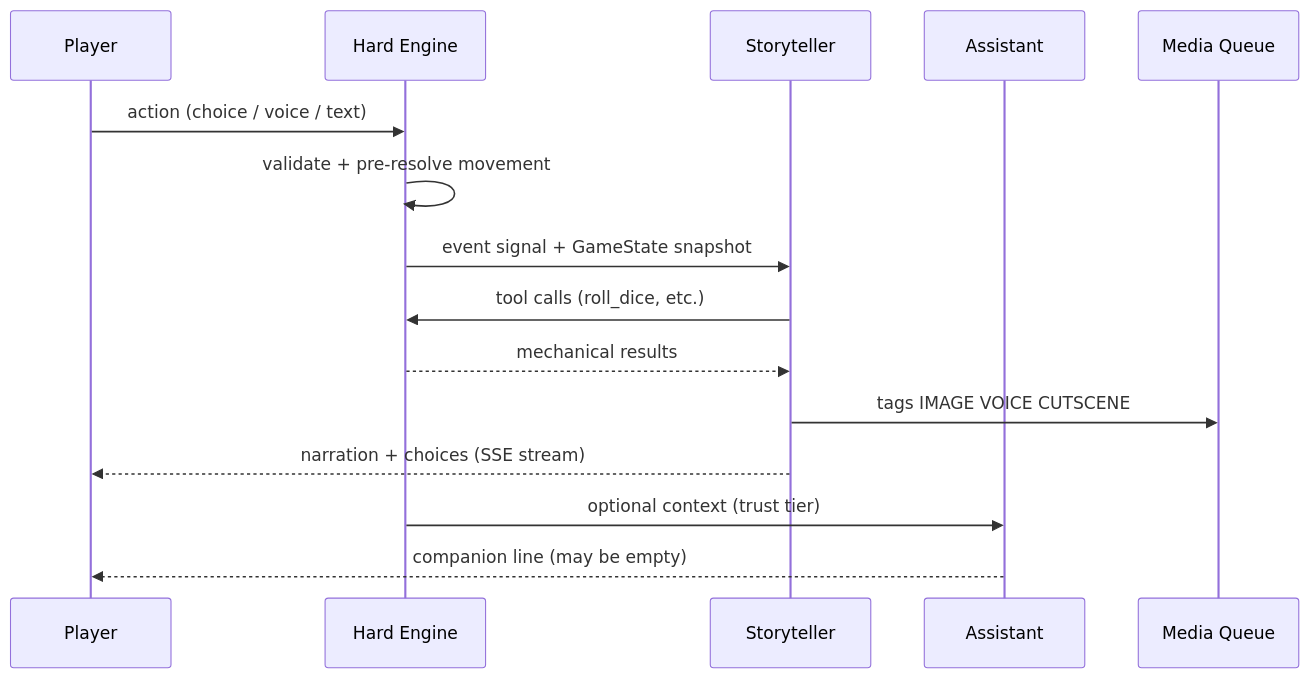
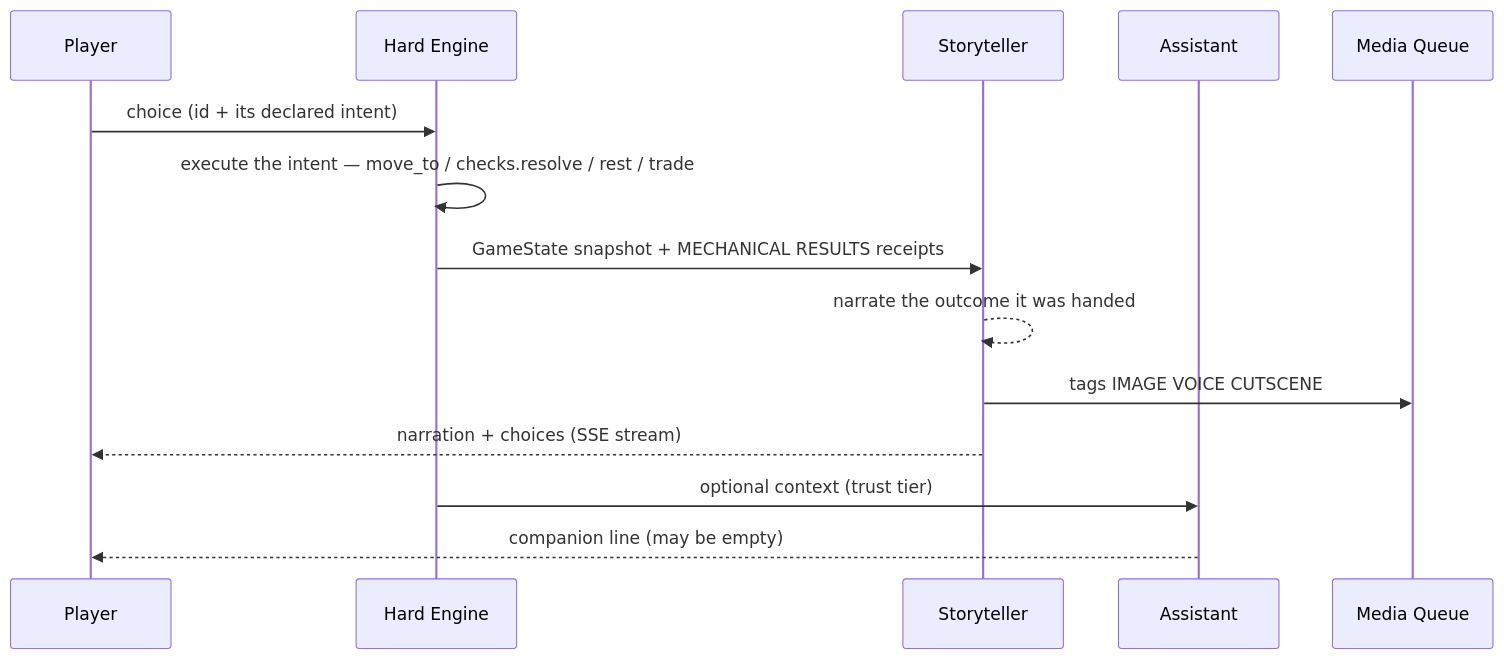
Before and after one commit to nihilistau/clockwork-dark: the first of 2 diagrams in docs/DESIGN.md, drawn with Mermaid. The commit also changed other lines of this file and 18 other files, not shown here.

````diff
--- a/docs/DESIGN.md
+++ b/docs/DESIGN.md
@@ -279,18 +331,17 @@
 ```mermaid
 sequenceDiagram
     participant P as Player
     participant E as Hard Engine
     participant S as Storyteller
     participant A as Assistant
     participant M as Media Queue
 
-    P->>E: action (choice / voice / text)
-    E->>E: validate + pre-resolve movement
-    E->>S: event signal + GameState snapshot
-    S->>E: tool calls (roll_dice, etc.)
-    E-->>S: mechanical results
+    P->>E: choice (id + its declared intent)
+    E->>E: execute the intent — move_to / checks.resolve / rest / trade
+    E->>S: GameState snapshot + MECHANICAL RESULTS receipts
+    S-->>S: narrate the outcome it was handed
     S->>M: tags IMAGE VOICE CUTSCENE
     S-->>P: narration + choices (SSE stream)
     E->>A: optional context (trust tier)
     A-->>P: companion line (may be empty)
 ```
````
